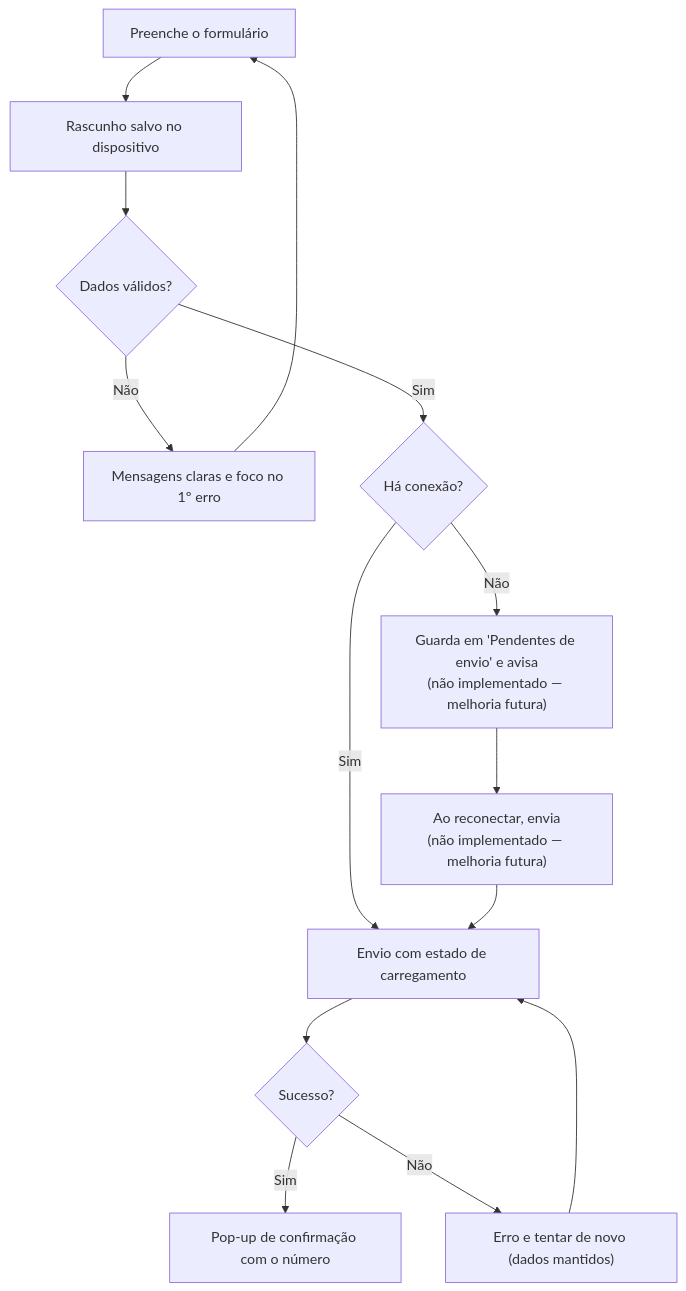
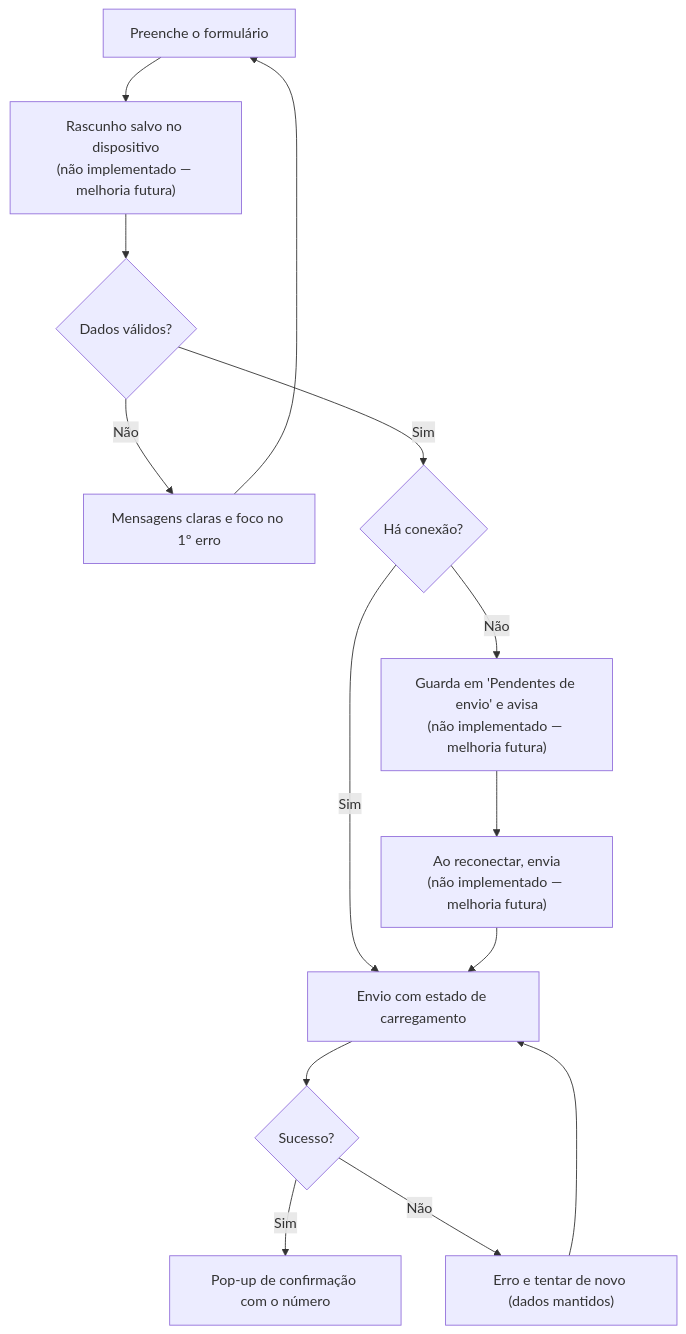
One commit to DiogoBrito777/projeto_instituto changed the fifth of 5 diagrams in docs/FLUXOS.md. Above: the diagram before and after it, drawn with Mermaid. The commit also changed other lines of this file and 23 other files, not shown here.

````diff
--- a/docs/FLUXOS.md
+++ b/docs/FLUXOS.md
@@ -80,16 +80,16 @@
 ```mermaid
 flowchart TD
-  P["Preenche o formulário"] --> R["Rascunho salvo no dispositivo"]
+  P["Preenche o formulário"] --> R["Rascunho salvo no dispositivo<br/>(não implementado — melhoria futura)"]
   R --> V{"Dados válidos?"}
   V -- Não --> M["Mensagens claras e foco no 1º erro"]
   M --> P
   V -- Sim --> N{"Há conexão?"}
   N -- Não --> Q["Guarda em 'Pendentes de envio' e avisa<br/>(não implementado — melhoria futura)"]
   Q --> W["Ao reconectar, envia<br/>(não implementado — melhoria futura)"]
   N -- Sim --> E["Envio com estado de carregamento"]
   W --> E
   E --> OK{"Sucesso?"}
   OK -- Sim --> C["Pop-up de confirmação com o número"]
   OK -- Não --> ER["Erro e tentar de novo (dados mantidos)"]
   ER --> E
 ```
````
